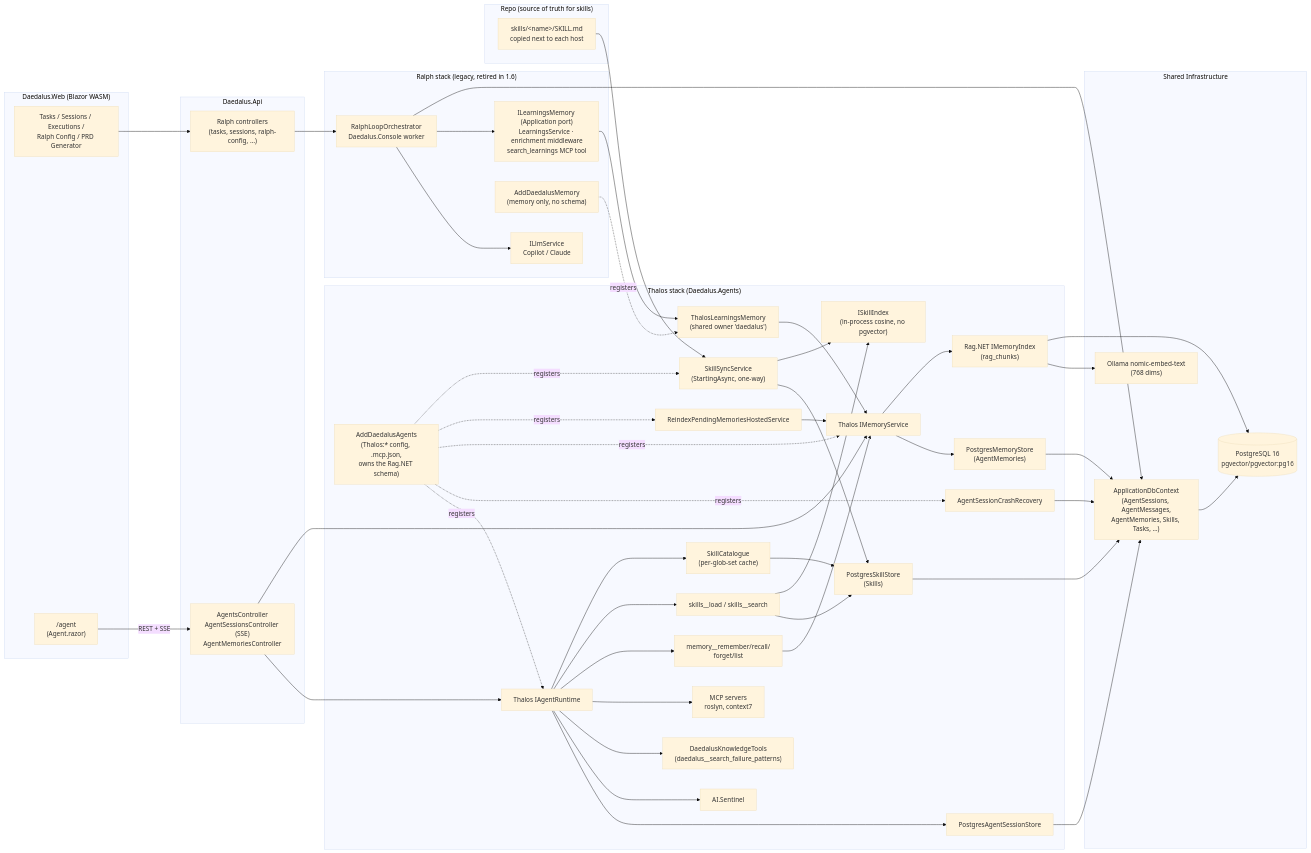
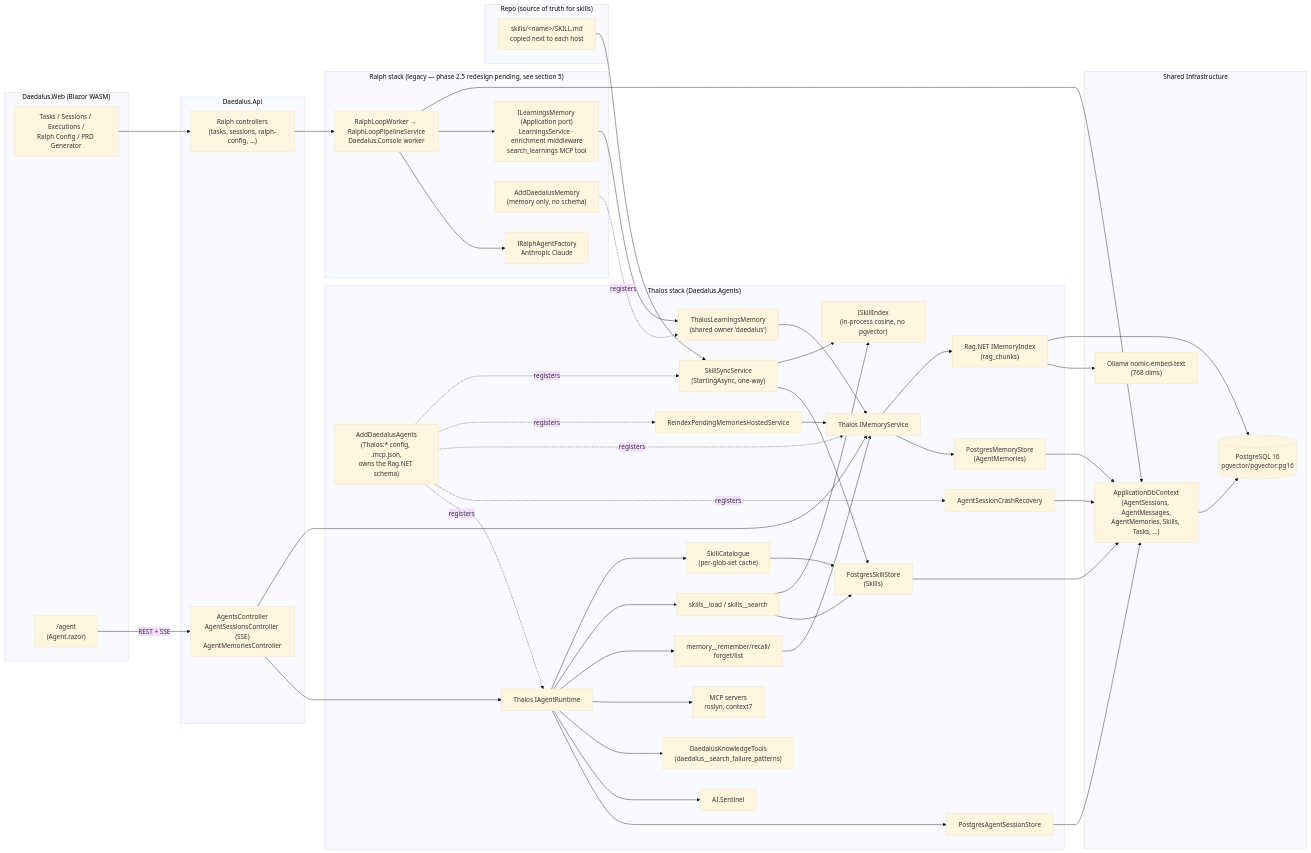
Diagram 19 of 26 in docs/architecture-diagrams.md (MarcelRoozekrans/Daedalus.NET), drawn with Mermaid (base theme) before and after one commit. The commit also changed other lines of this file, not shown here.

```diff
--- a/docs/architecture-diagrams.md
+++ b/docs/architecture-diagrams.md
@@ -1455,9 +1530,9 @@
         AgentCtrl["AgentsController<br/>AgentSessionsController (SSE)<br/>AgentMemoriesController"]
     end
 
-    subgraph "Ralph stack (legacy, retired in 1.6)"
-        Ralph["RalphLoopOrchestrator<br/>Daedalus.Console worker"]
-        RalphLlm["ILlmService<br/>Copilot / Claude"]
+    subgraph "Ralph stack (legacy — phase 2.5 redesign pending, see section 5)"
+        Ralph["RalphLoopWorker → RalphLoopPipelineService<br/>Daedalus.Console worker"]
+        RalphLlm["IRalphAgentFactory<br/>Anthropic Claude"]
         LearnPort["ILearningsMemory (Application port)<br/>LearningsService · enrichment middleware<br/>search_learnings MCP tool"]
         ConsoleComposition["AddDaedalusMemory<br/>(memory only, no schema)"]
     end
```
